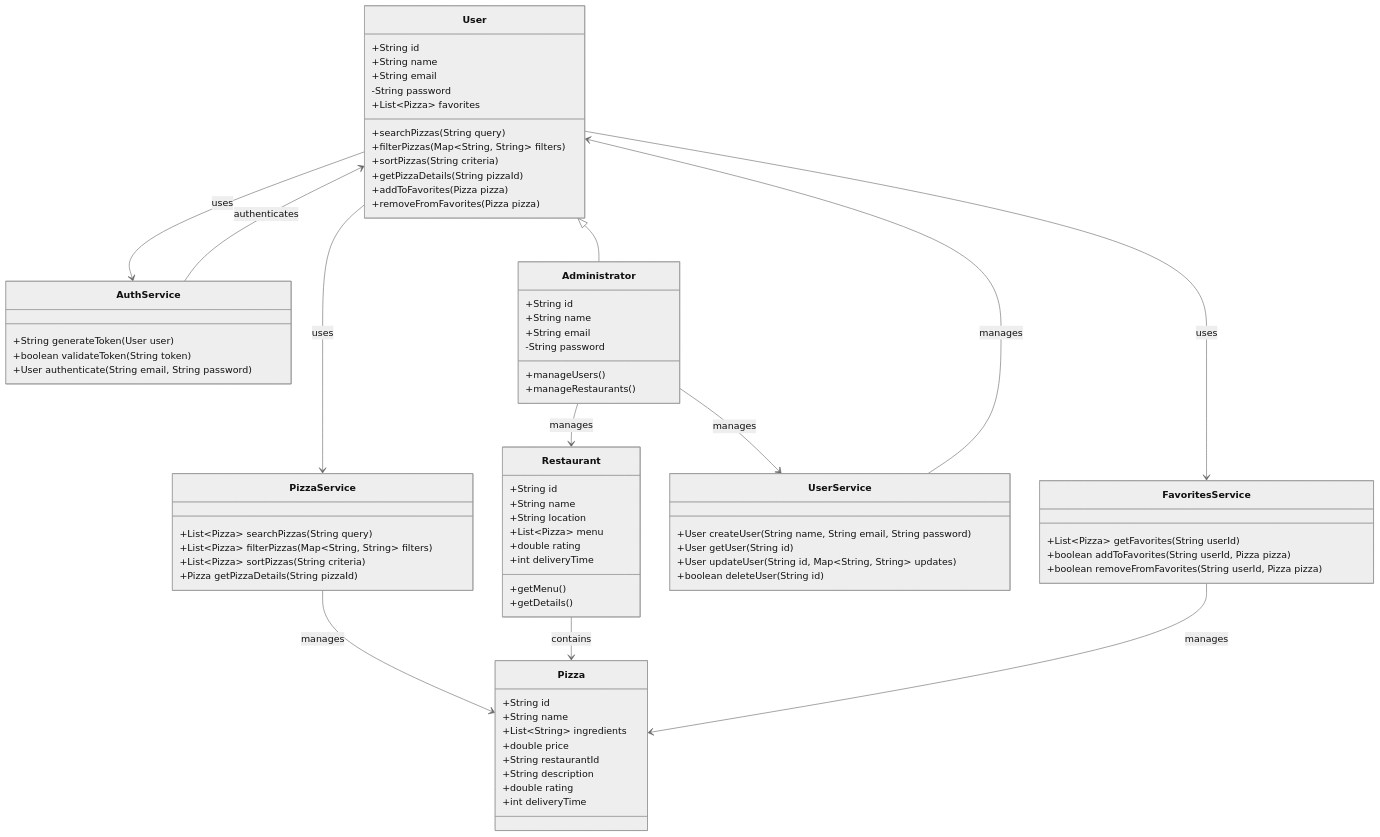
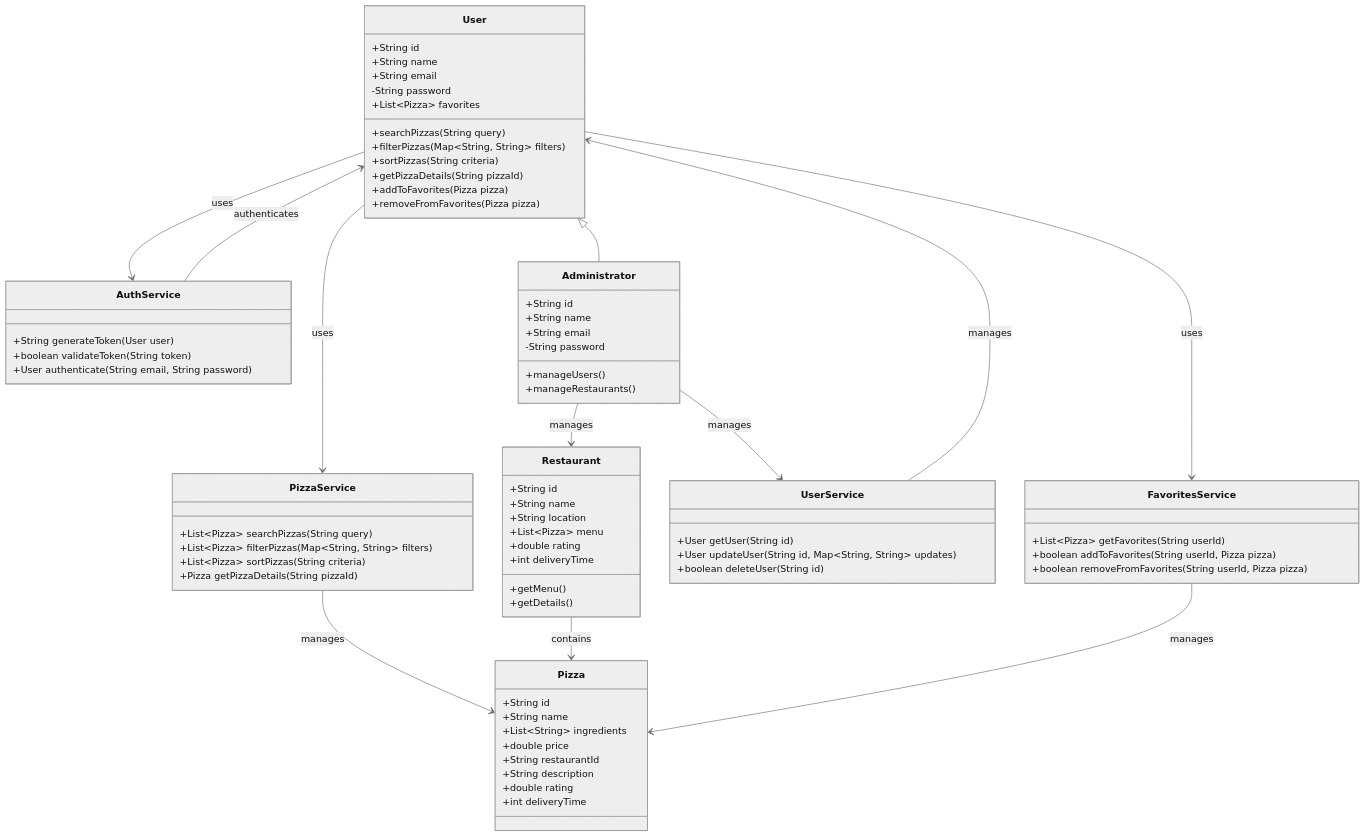
Before and after one commit to elkolorado/wsei-inzynieria: diagram 11 of 11 in lab3.md, drawn with Mermaid (neutral theme).

Commit message:
fix: admin cant create users

```diff
--- a/lab3.md
+++ b/lab3.md
@@ -659,7 +659,6 @@
     }
 
     class UserService {
-        +User createUser(String name, String email, String password)
         +User getUser(String id)
         +User updateUser(String id, Map~String, String~ updates)
         +boolean deleteUser(String id)
```
